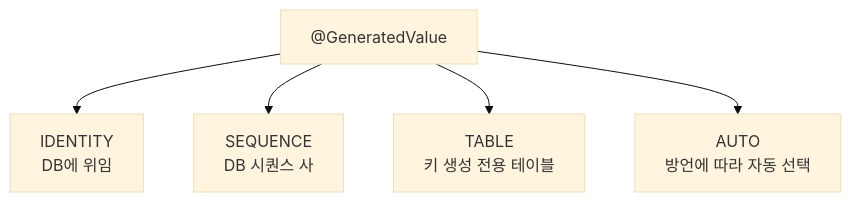
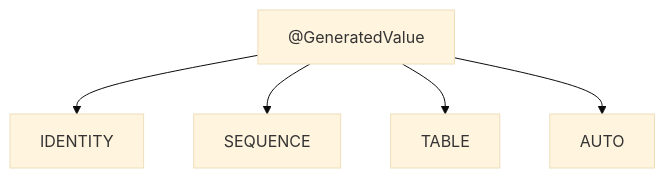
Before and after one commit to yjkim2015/yjkim2015.github.io: the second of 2 diagrams in _posts/jpa/2021-10-30-엔티티 매핑.md, drawn with Mermaid (base theme). The commit also changed other lines of this file and 217 other files, not shown here.

First line of the commit message:
Mermaid 크기 수정: useMaxWidth:true + SVG max-width:100% + 라벨 축소

````diff
--- a/_posts/jpa/2021-10-30-엔티티 매핑.md
+++ b/_posts/jpa/2021-10-30-엔티티 매핑.md
@@ -219,8 +219,8 @@
 ```mermaid
 graph TD
     GV["@GeneratedValue"]
-    GV --> ID["IDENTITY\nDB에 위임\n"]
-    GV --> SEQ["SEQUENCE\nDB 시퀀스 사"]
-    GV --> TBL["TABLE\n키 생성 전용 테이블"]
-    GV --> AUTO["AUTO\n방언에 따라 자동 선택"]
+    GV --> ID["IDENTITY"]
+    GV --> SEQ["SEQUENCE"]
+    GV --> TBL["TABLE"]
+    GV --> AUTO["AUTO"]
 ```
````
